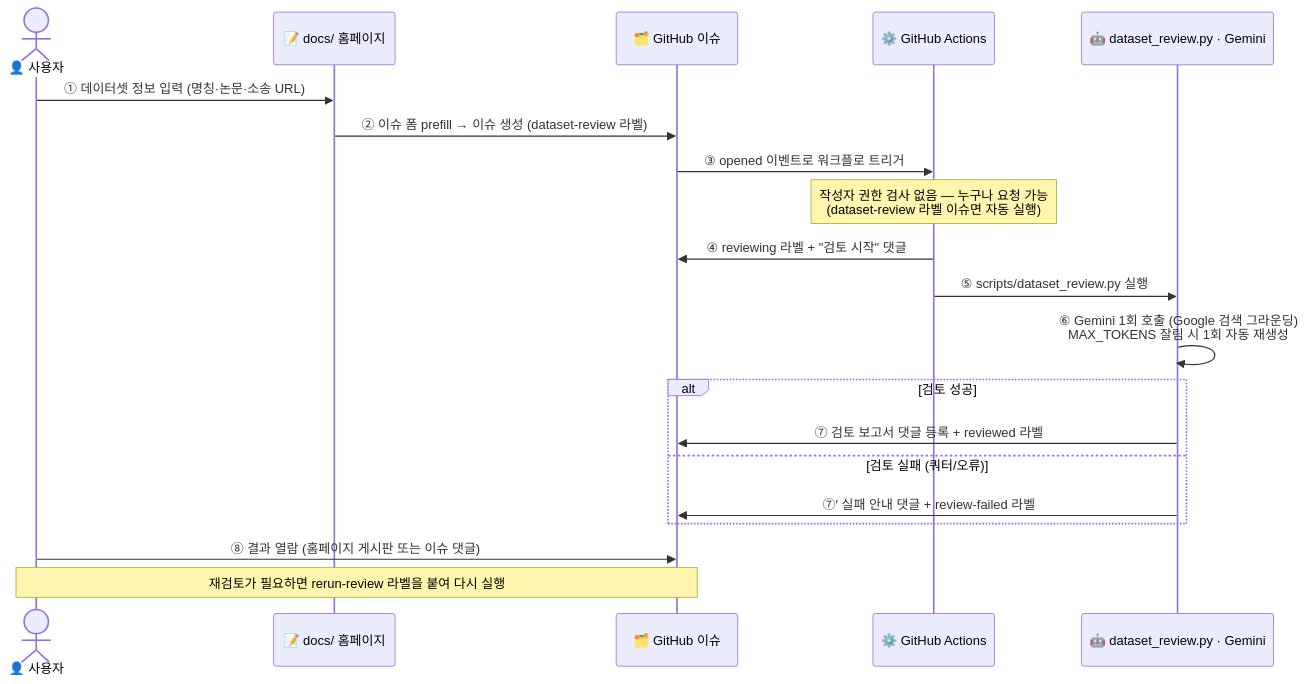
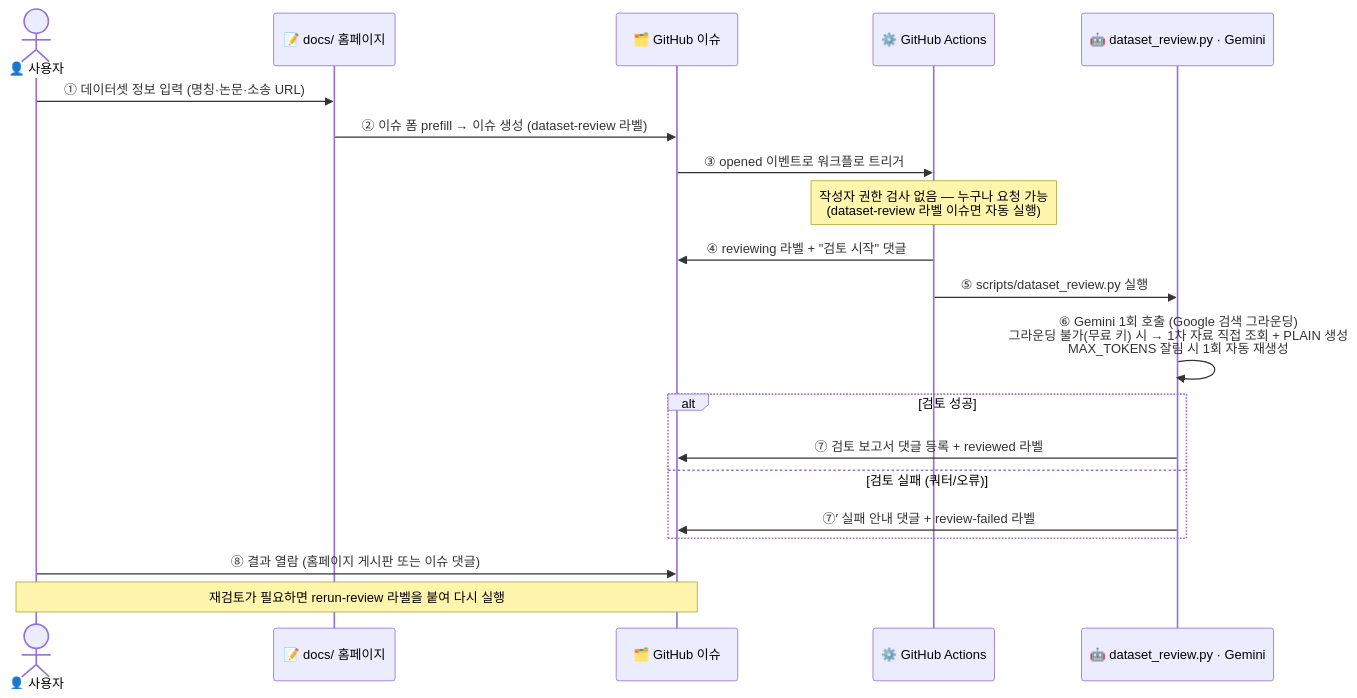
The second of 3 diagrams in documents/architecture.md (aigovsensing/dataset-review), drawn with Mermaid before and after one commit. The commit also changed other lines of this file and 5 other files, not shown here.

````diff
--- a/documents/architecture.md
+++ b/documents/architecture.md
@@ -38,23 +39,23 @@
 ```mermaid
 sequenceDiagram
     actor U as 👤 사용자
     participant H as 📝 docs/ 홈페이지
     participant I as 🗂️ GitHub 이슈
     participant A as ⚙️ GitHub Actions
     participant G as 🤖 dataset_review.py · Gemini
 
     U->>H: ① 데이터셋 정보 입력 (명칭·논문·소송 URL)
     H->>I: ② 이슈 폼 prefill → 이슈 생성 (dataset-review 라벨)
     I->>A: ③ opened 이벤트로 워크플로 트리거
     Note over A: 작성자 권한 검사 없음 — 누구나 요청 가능<br/>(dataset-review 라벨 이슈면 자동 실행)
     A->>I: ④ reviewing 라벨 + "검토 시작" 댓글
     A->>G: ⑤ scripts/dataset_review.py 실행
-    G->>G: ⑥ Gemini 1회 호출 (Google 검색 그라운딩)<br/>MAX_TOKENS 잘림 시 1회 자동 재생성
+    G->>G: ⑥ Gemini 1회 호출 (Google 검색 그라운딩)<br/>그라운딩 불가(무료 키) 시 → 1차 자료 직접 조회 + PLAIN 생성<br/>MAX_TOKENS 잘림 시 1회 자동 재생성
     alt 검토 성공
         G->>I: ⑦ 검토 보고서 댓글 등록 + reviewed 라벨
     else 검토 실패 (쿼터/오류)
         G->>I: ⑦′ 실패 안내 댓글 + review-failed 라벨
     end
     U->>I: ⑧ 결과 열람 (홈페이지 게시판 또는 이슈 댓글)
     Note over U,I: 재검토가 필요하면 rerun-review 라벨을 붙여 다시 실행
 ```
````
